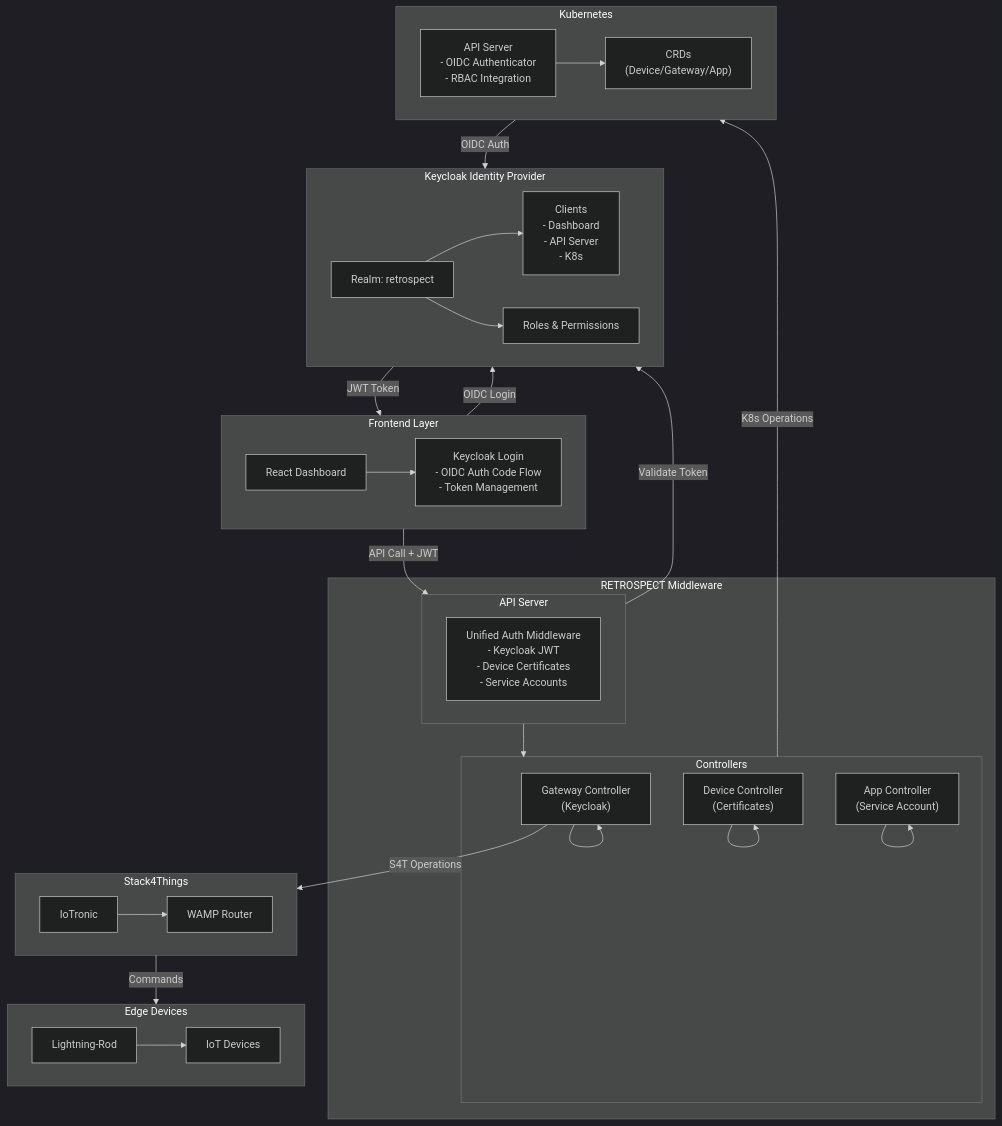
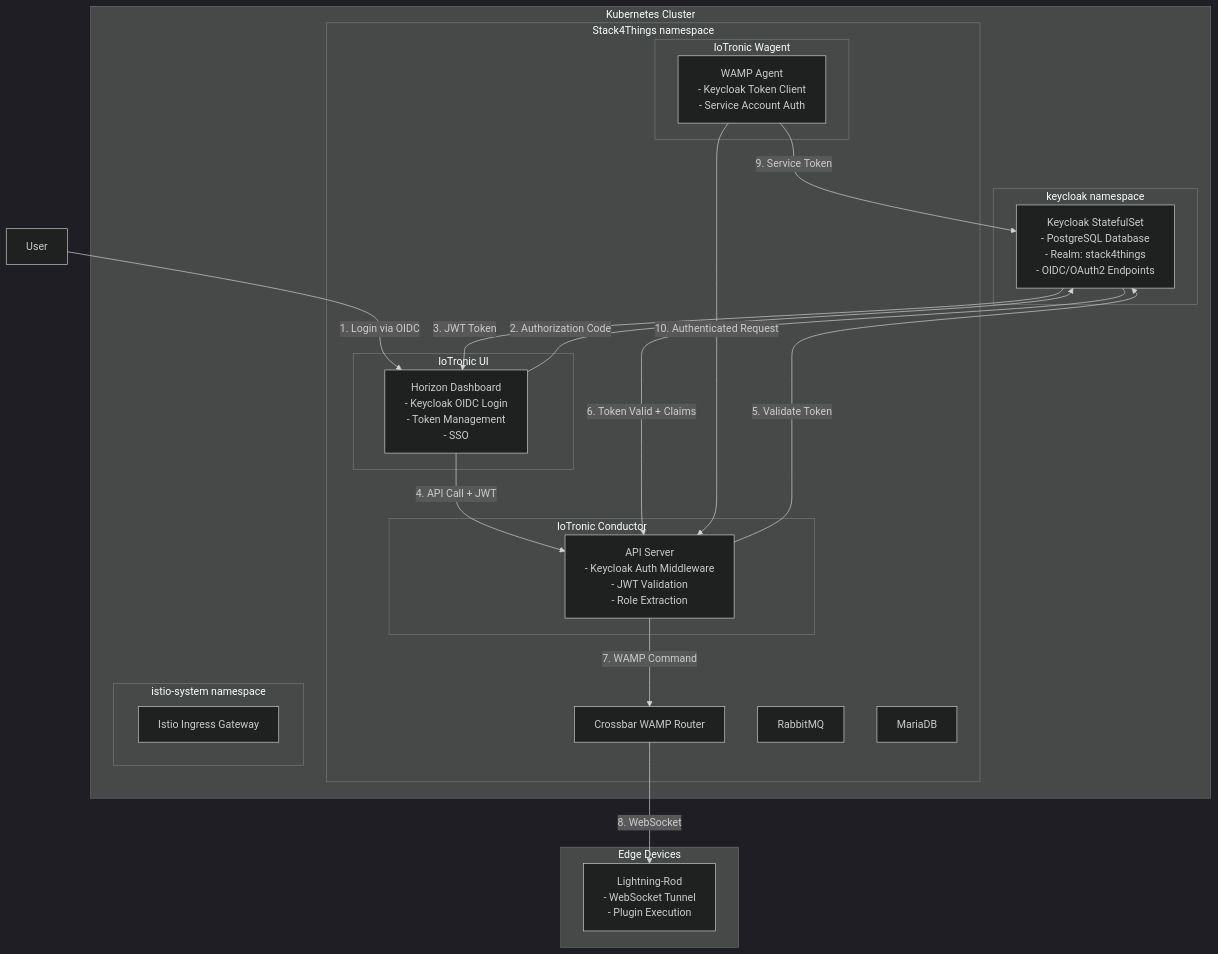
The first of 3 diagrams in progetto2_retrospect_keycloak_it.md (lucadagati/DS_projects_25), drawn with Mermaid (dark theme) before and after one commit. The commit also changed other lines of this file and 1 other file, not shown here.

````diff
--- a/progetto2_retrospect_keycloak_it.md
+++ b/progetto2_retrospect_keycloak_it.md
@@ -239,60 +99,45 @@
 ```mermaid
 graph TB
-    subgraph Frontend["Frontend Layer"]
-        Dashboard["React Dashboard"]
-        KeycloakLogin["Keycloak Login<br/>- OIDC Auth Code Flow<br/>- Token Management"]
-        Dashboard --> KeycloakLogin
-    end
-    
-    subgraph Middleware["RETROSPECT Middleware"]
-        subgraph API["API Server"]
-            AuthMW["Unified Auth Middleware<br/>- Keycloak JWT<br/>- Device Certificates<br/>- Service Accounts"]
+    subgraph K8s["Kubernetes Cluster"]
+        subgraph KeycloakNS["keycloak namespace"]
+            Keycloak["Keycloak StatefulSet<br/>- PostgreSQL Database<br/>- Realm: stack4things<br/>- OIDC/OAuth2 Endpoints"]
         end
         
-        subgraph Controllers["Controllers"]
-            GC["Gateway Controller<br/>(Keycloak)"]
-            DC["Device Controller<br/>(Certificates)"]
-            AC["App Controller<br/>(Service Account)"]
+        subgraph S4TNS["Stack4Things namespace"]
+            subgraph Conductor["IoTronic Conductor"]
+                API["API Server<br/>- Keycloak Auth Middleware<br/>- JWT Validation<br/>- Role Extraction"]
+            end
+            
+            subgraph UI["IoTronic UI"]
+                Horizon["Horizon Dashboard<br/>- Keycloak OIDC Login<br/>- Token Management<br/>- SSO"]
+            end
+            
+            subgraph Wagent["IoTronic Wagent"]
+                WAgent["WAMP Agent<br/>- Keycloak Token Client<br/>- Service Account Auth"]
+            end
+            
+            Crossbar["Crossbar WAMP Router"]
+            RabbitMQ["RabbitMQ"]
+            DB["MariaDB"]
         end
         
-        API --> Controllers
-        GC --> GC
-        DC --> DC
-        AC --> AC
-    end
-    
-    subgraph Keycloak["Keycloak Identity Provider"]
-        Realm["Realm: retrospect"]
-        Clients["Clients<br/>- Dashboard<br/>- API Server<br/>- K8s"]
-        Roles["Roles & Permissions"]
-        Realm --> Clients
-        Realm --> Roles
-    end
-    
-    subgraph K8s["Kubernetes"]
-        APIServer["API Server<br/>- OIDC Authenticator<br/>- RBAC Integration"]
-        CRDs["CRDs<br/>(Device/Gateway/App)"]
-        APIServer --> CRDs
-    end
-    
-    subgraph S4T["Stack4Things"]
-        IoTronic["IoTronic"]
-        WAMP["WAMP Router"]
-        IoTronic --> WAMP
+        subgraph IstioNS["istio-system namespace"]
+            IstioGateway["Istio Ingress Gateway"]
+        end
     end
     
     subgraph Edge["Edge Devices"]
-        LR["Lightning-Rod"]
-        Device["IoT Devices"]
-        LR --> Device
+        LR["Lightning-Rod<br/>- WebSocket Tunnel<br/>- Plugin Execution"]
     end
     
-    Frontend -->|OIDC Login| Keycloak
-    Keycloak -->|JWT Token| Frontend
-    Frontend -->|API Call + JWT| API
-    API -->|Validate Token| Keycloak
-    Controllers -->|K8s Operations| K8s
-    K8s -->|OIDC Auth| Keycloak
-    GC -->|S4T Operations| S4T
-    S4T -->|Commands| Edge
+    User -->|1. Login via OIDC| Horizon
+    Horizon -->|2. Authorization Code| Keycloak
+    Keycloak -->|3. JWT Token| Horizon
+    Horizon -->|4. API Call + JWT| API
+    API -->|5. Validate Token| Keycloak
+    Keycloak -->|6. Token Valid + Claims| API
+    API -->|7. WAMP Command| Crossbar
+    Crossbar -->|8. WebSocket| LR
+    WAgent -->|9. Service Token| Keycloak
+    WAgent -->|10. Authenticated Request| API
 ```
````
